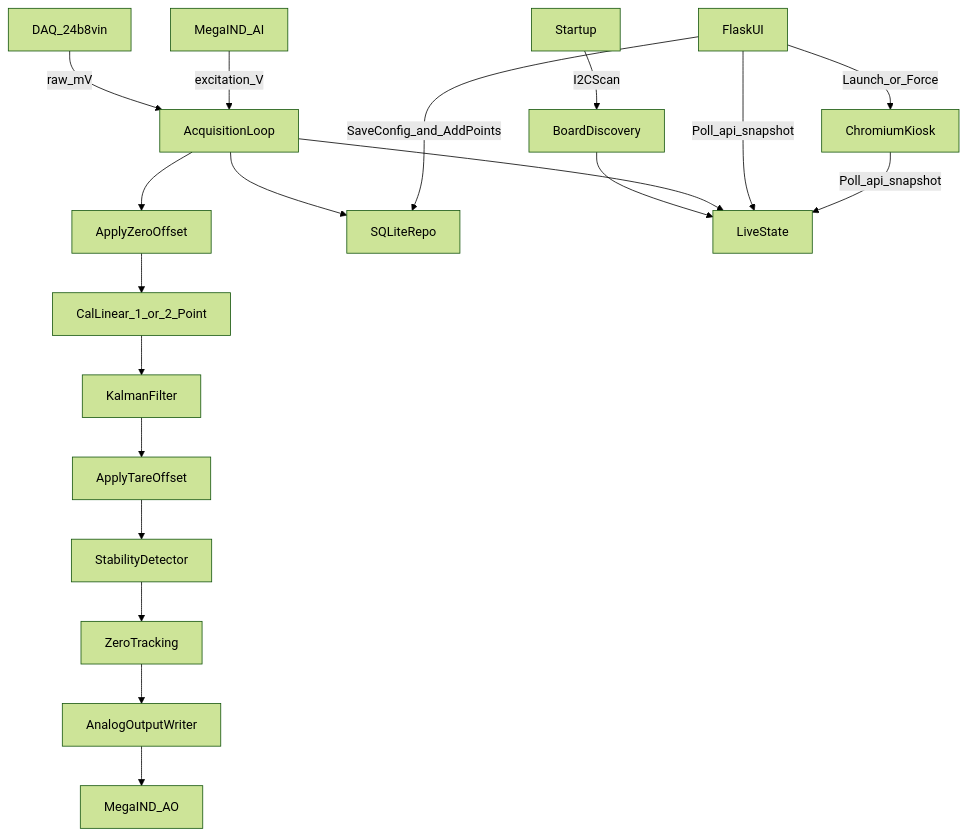
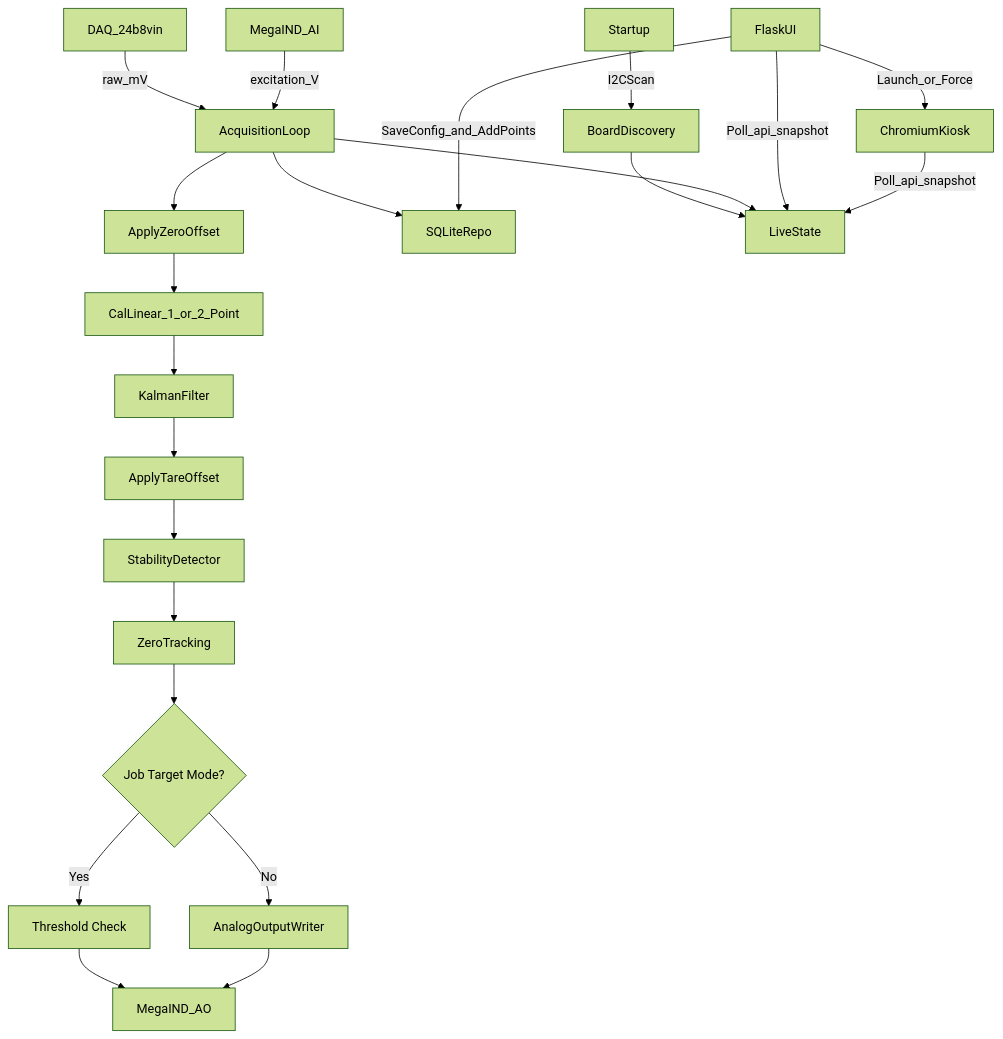
Before and after one commit to jlthompson0351/hoppers: the diagram in docs/Architecture.md, drawn with Mermaid (forest theme). The commit also changed other lines of this file and 146 other files, not shown here.

````diff
--- a/docs/Architecture.md
+++ b/docs/Architecture.md
@@ -110,21 +119,24 @@
 ```mermaid
 graph TD
   daq[DAQ_24b8vin] -->|raw_mV| acq[AcquisitionLoop]
   exc[MegaIND_AI] -->|excitation_V| acq
   acq --> zeroOffset[ApplyZeroOffset]
   zeroOffset --> calLinear[CalLinear_1_or_2_Point]
   calLinear --> kalman[KalmanFilter]
   kalman --> tare[ApplyTareOffset]
   tare --> stable[StabilityDetector]
   stable --> zeroTrack[ZeroTracking]
-  zeroTrack --> out[AnalogOutputWriter]
-  out --> megaAo[MegaIND_AO]
+  zeroTrack --> jobMode{Job Target Mode?}
+  jobMode -->|Yes| jobThresh[Threshold Check]
+  jobMode -->|No| out[AnalogOutputWriter]
+  jobThresh --> megaAo[MegaIND_AO]
+  out --> megaAo
   acq --> repo[SQLiteRepo]
   startup[Startup] -->|I2CScan| discovery[BoardDiscovery]
   discovery --> state[LiveState]
   acq --> state
   flask[FlaskUI] -->|Poll_api_snapshot| state
   flask -->|SaveConfig_and_AddPoints| repo
   flask -->|Launch_or_Force| kiosk[ChromiumKiosk]
   kiosk -->|Poll_api_snapshot| state
 ```
````
